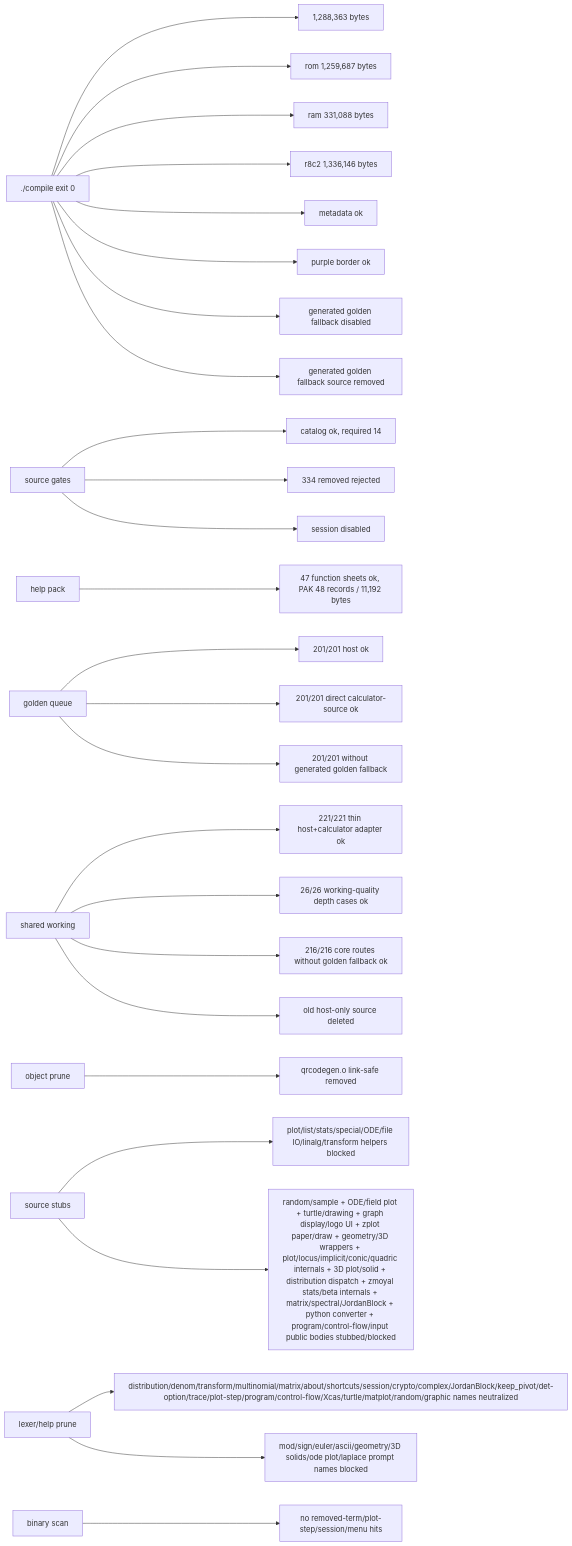
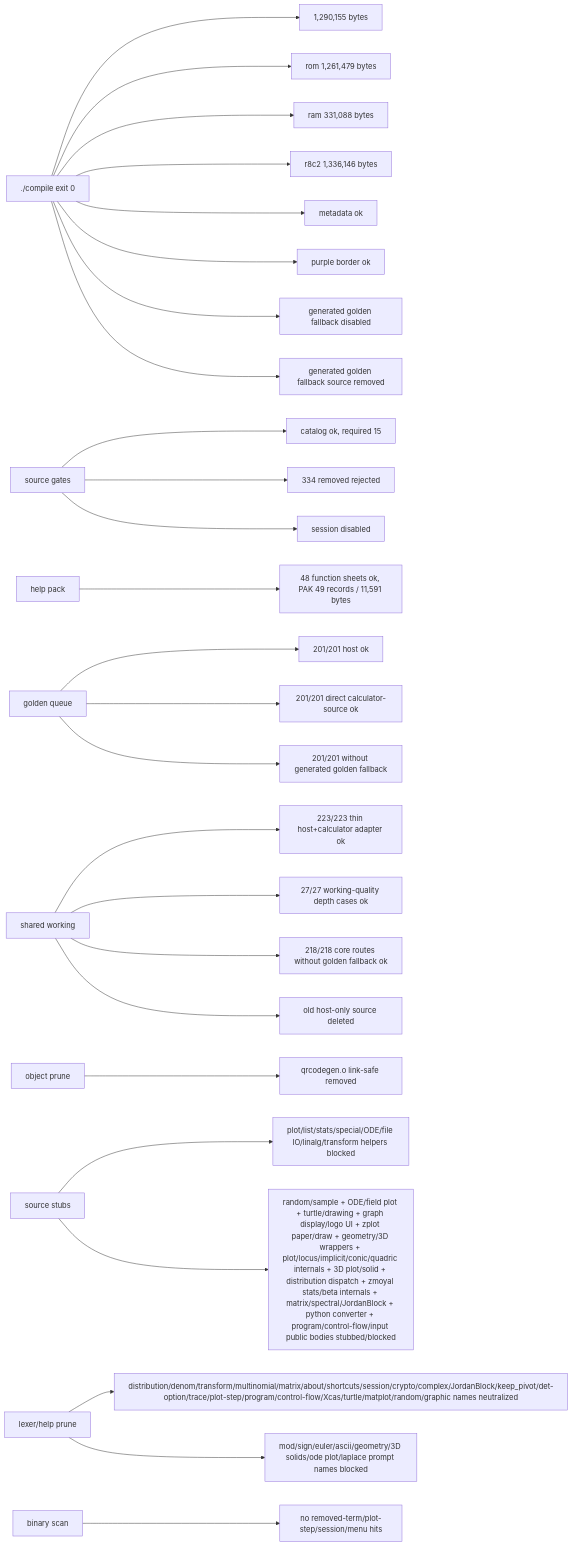
The seventh of 7 diagrams in docs/GRAPH.md (james8464/notes-addin-casio-fx-cg50), drawn with Mermaid before and after one commit. The commit also changed other lines of this file and 7 other files, not shown here.

````diff
--- a/docs/GRAPH.md
+++ b/docs/GRAPH.md
@@ -194,28 +195,28 @@
 ```mermaid
 graph LR
-  Build["./compile exit 0"] --> Size["1,288,363 bytes"]
-  Build --> Rom["rom 1,259,687 bytes"]
+  Build["./compile exit 0"] --> Size["1,290,155 bytes"]
+  Build --> Rom["rom 1,261,479 bytes"]
   Build --> Ram["ram 331,088 bytes"]
   Build --> R8C2["r8c2 1,336,146 bytes"]
   Build --> Meta["metadata ok"]
   Build --> Border["purple border ok"]
   Build --> NoRuntimeFallback["generated golden fallback disabled"]
   Build --> NoRuntimeSource["generated golden fallback source removed"]
-  Source["source gates"] --> Catalog["catalog ok, required 14"]
+  Source["source gates"] --> Catalog["catalog ok, required 15"]
   Source --> Removed["334 removed rejected"]
   Source --> Session["session disabled"]
-  Help["help pack"] --> HelpQ["47 function sheets ok, PAK 48 records / 11,192 bytes"]
+  Help["help pack"] --> HelpQ["48 function sheets ok, PAK 49 records / 11,591 bytes"]
   Queue["golden queue"] --> QueueRun["201/201 host ok"]
   Queue --> GoldenRun["201/201 direct calculator-source ok"]
   Queue --> NoGolden["201/201 without generated golden fallback"]
-  Shared["shared working"] --> SharedRun["221/221 thin host+calculator adapter ok"]
-  Shared --> WorkQ["26/26 working-quality depth cases ok"]
-  Shared --> CoreRun["216/216 core routes without golden fallback ok"]
+  Shared["shared working"] --> SharedRun["223/223 thin host+calculator adapter ok"]
+  Shared --> WorkQ["27/27 working-quality depth cases ok"]
+  Shared --> CoreRun["218/218 core routes without golden fallback ok"]
   Shared --> NoHostSrc["old host-only source deleted"]
   Obj["object prune"] --> QR["qrcodegen.o link-safe removed"]
   Macro["source stubs"] --> Stubbed["plot/list/stats/special/ODE/file IO/linalg/transform helpers blocked"]
   Macro --> RuntimeStubbed["random/sample + ODE/field plot + turtle/drawing + graph display/logo UI + zplot paper/draw + geometry/3D wrappers + plot/locus/implicit/conic/quadric internals + 3D plot/solid + distribution dispatch + zmoyal stats/beta internals + matrix/spectral/JordanBlock + python converter + program/control-flow/input public bodies stubbed/blocked"]
   Static["lexer/help prune"] --> StaticRun["distribution/denom/transform/multinomial/matrix/about/shortcuts/session/crypto/complex/JordanBlock/keep_pivot/det-option/trace/plot-step/program/control-flow/Xcas/turtle/matplot/random/graphic names neutralized"]
   Static --> PromptRun["mod/sign/euler/ascii/geometry/3D solids/ode plot/laplace prompt names blocked"]
   Bin["binary scan"] --> NoLeak["no removed-term/plot-step/session/menu hits"]
 ```
````
